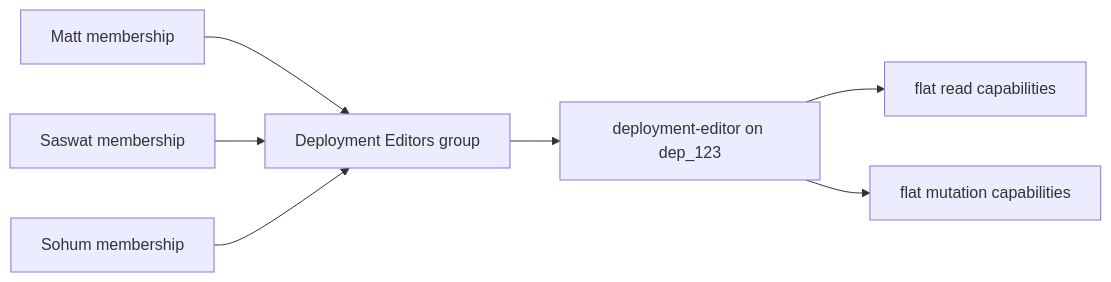
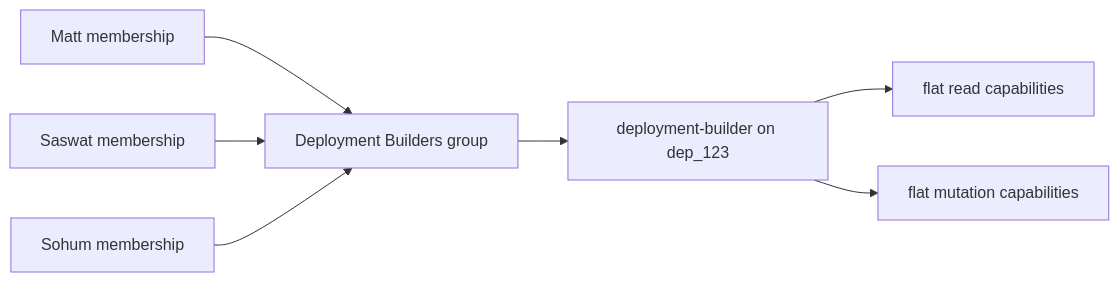
Before and after one commit to astropods/astro-cli: the first of 5 diagrams in docs/01-spec/deployment-fgac-rollout.md, drawn with Mermaid. The commit also changed other lines of this file and 6 other files, not shown here.

````diff
--- a/docs/01-spec/deployment-fgac-rollout.md
+++ b/docs/01-spec/deployment-fgac-rollout.md
@@ -47,9 +47,9 @@
 ```mermaid
 flowchart LR
-    Matt["Matt membership"] --> Group["Deployment Editors group"]
+    Matt["Matt membership"] --> Group["Deployment Builders group"]
     Saswat["Saswat membership"] --> Group
     Sohum["Sohum membership"] --> Group
-    Group --> Assignment["deployment-editor on dep_123"]
+    Group --> Assignment["deployment-builder on dep_123"]
     Assignment --> Read["flat read capabilities"]
     Assignment --> Edit["flat mutation capabilities"]
 ```
````
